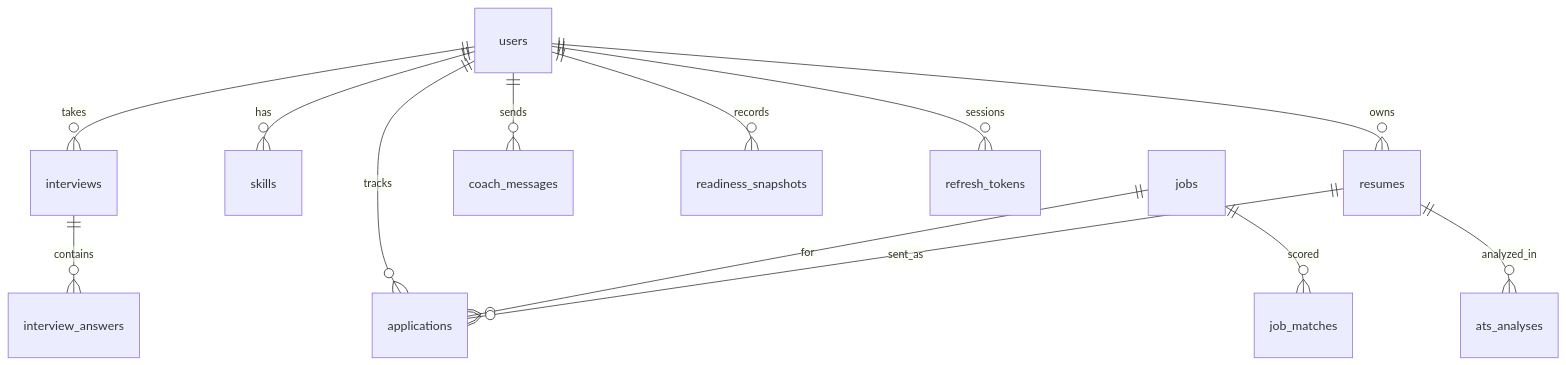
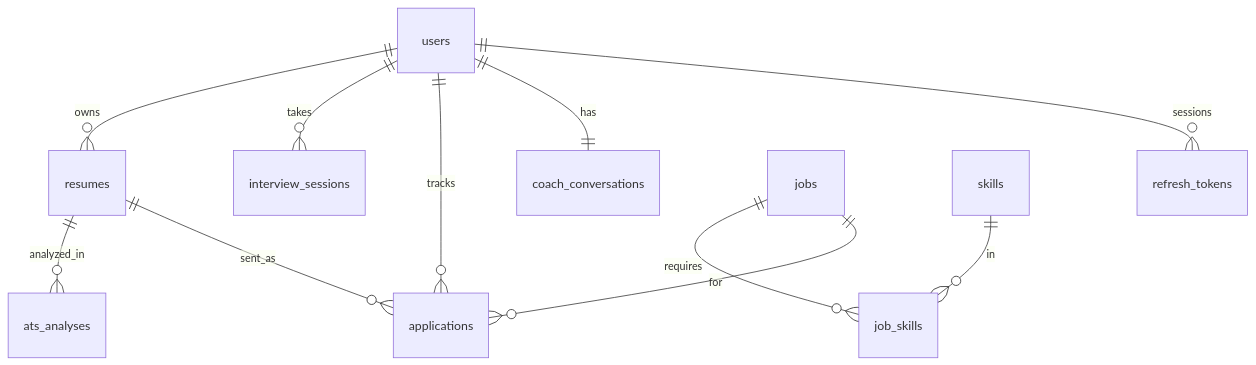
The diagram in database/README.md (Losomon/ai-resume-interview), drawn with Mermaid before and after one commit. The commit also changed other lines of this file and 29 other files, not shown here.

First line of the commit message:
feat(database): schema, migrations, and shared validation

````diff
--- a/database/README.md
+++ b/database/README.md
@@ -45,15 +52,13 @@
 ```mermaid
 erDiagram
   users ||--o{ resumes : owns
-  users ||--o{ skills : has
-  users ||--o{ interviews : takes
+  users ||--o{ interview_sessions : takes
   users ||--o{ applications : tracks
-  users ||--o{ coach_messages : sends
-  users ||--o{ readiness_snapshots : records
+  users ||--|| coach_conversations : has
   users ||--o{ refresh_tokens : sessions
   resumes ||--o{ ats_analyses : analyzed_in
-  interviews ||--o{ interview_answers : contains
-  jobs ||--o{ job_matches : scored
+  jobs ||--o{ job_skills : requires
+  skills ||--o{ job_skills : in
   jobs ||--o{ applications : for
   resumes ||--o{ applications : sent_as
 ```
````
